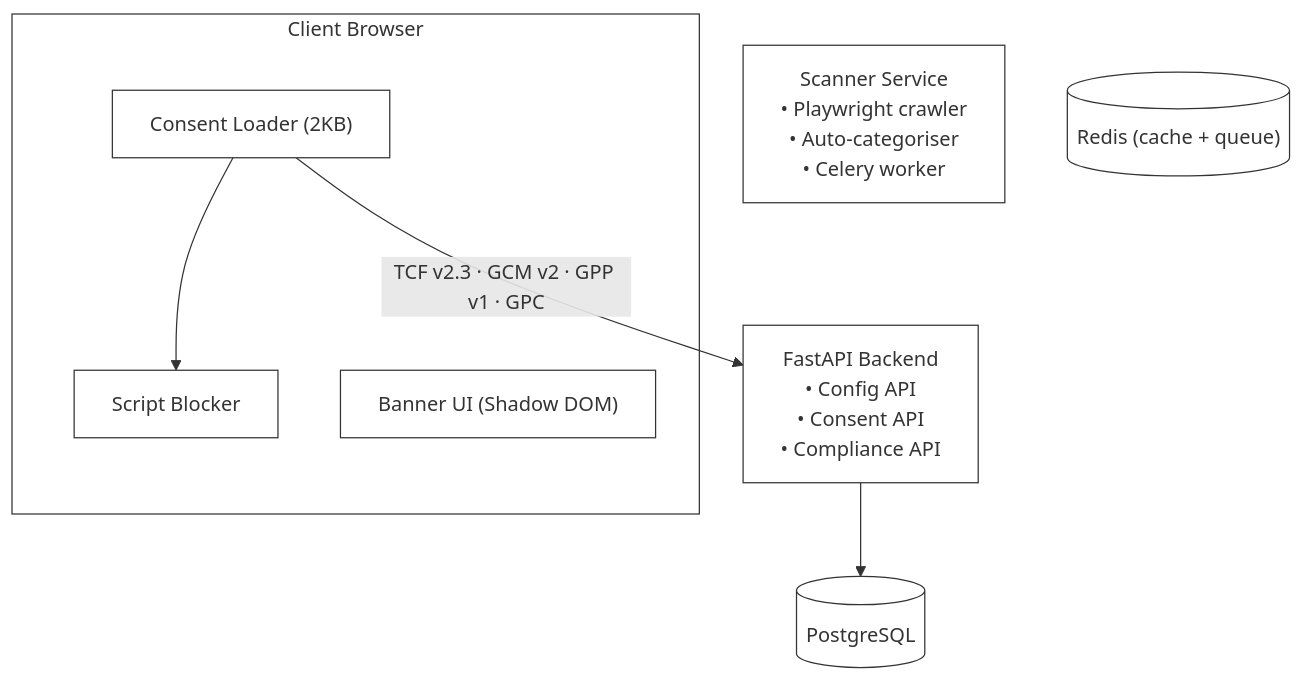
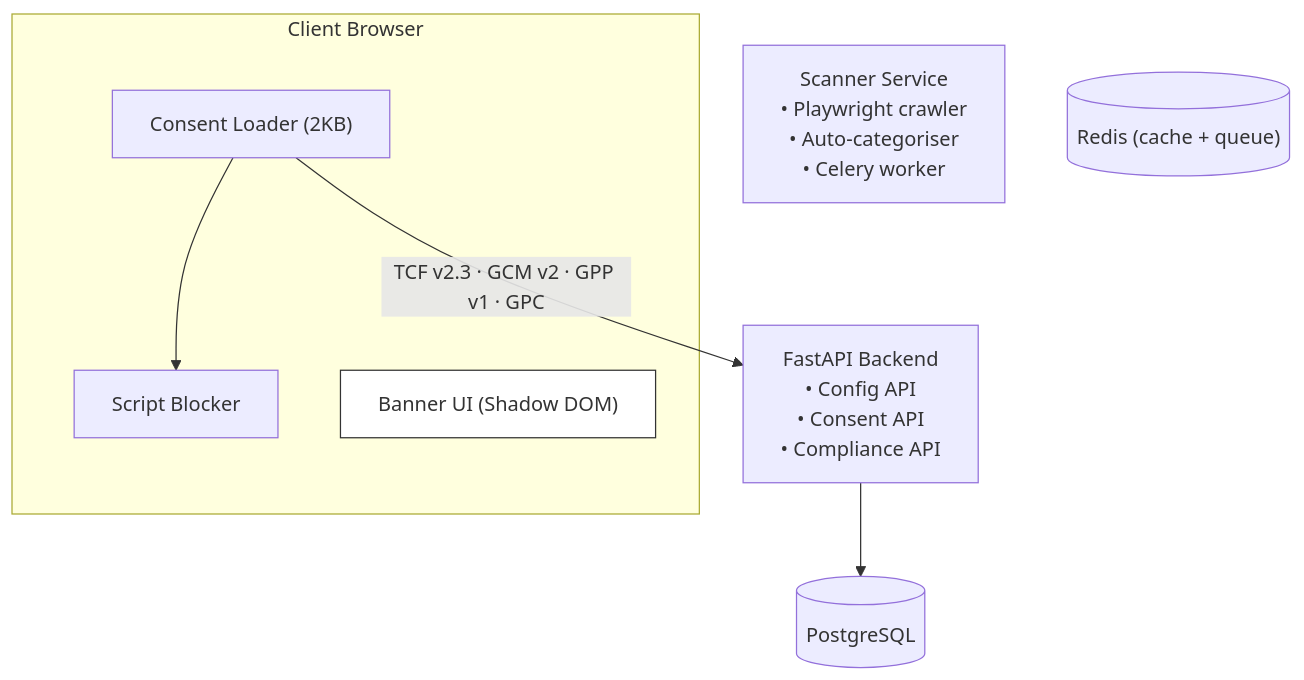
One commit to mohawk2/consentos changed the diagram in README.md. Above: the diagram before and after it, drawn with Mermaid.

````diff
--- a/README.md
+++ b/README.md
@@ -45,24 +45,19 @@
 ```mermaid
 graph TD
     subgraph ClientBrowser["Client Browser"]
         Loader["Consent Loader (2KB)"]
         Blocker["Script Blocker"]
         UI["Banner UI (Shadow DOM)"]
         
         Loader --> Blocker
         style UI fill:#fff,stroke:#333,stroke-width:1px
     end
 
     Backend["FastAPI Backend<br>• Config API<br>• Consent API<br>• Compliance API"]
     Scanner["Scanner Service<br>• Playwright crawler<br>• Auto-categoriser<br>• Celery worker"]
     DB[("PostgreSQL")]
     Cache[("Redis (cache + queue)")]
 
     Loader -->|TCF v2.3 · GCM v2 · GPP v1 · GPC| Backend
     Backend --> DB
-    
-    %% Formatting rules to mimic the original ASCII look
-    classDef default fill:#fff,stroke:#333,stroke-width:1px;
-    classDef subgraphClass fill:#fff,stroke:#333,stroke-width:1px,stroke-dasharray: 0;
-    style ClientBrowser fill:#fff,stroke:#333,stroke-width:1px;
 ```
````
